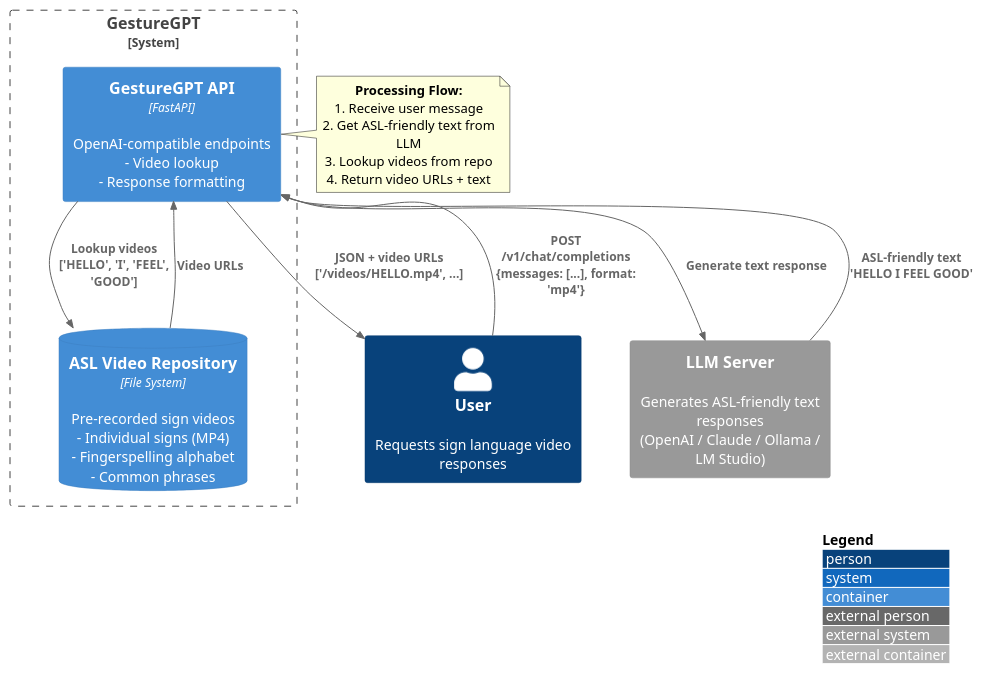
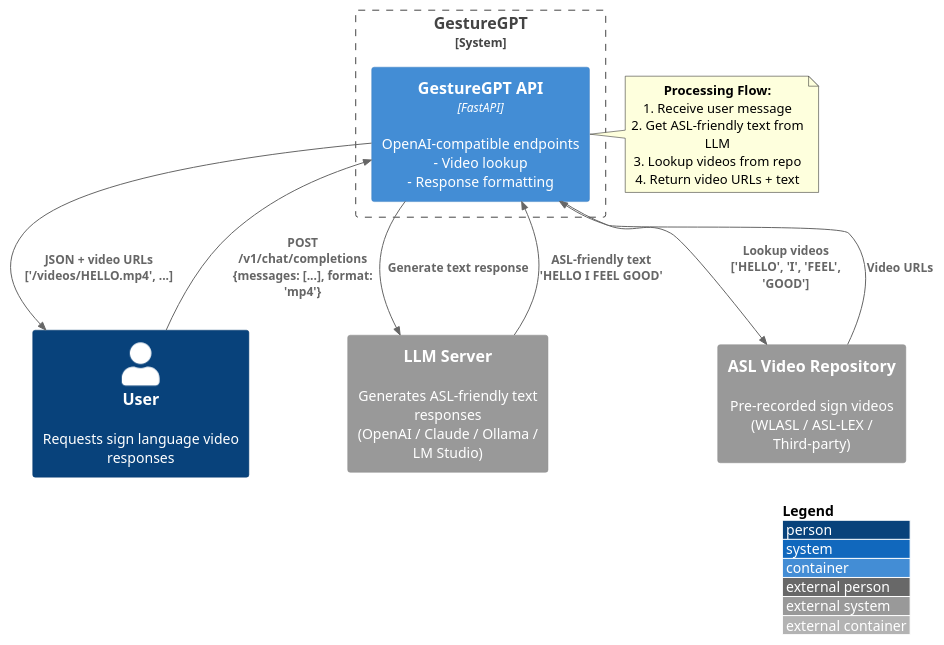
The diagram in docs/architecture.puml (NotYuSheng/GestureGPT), drawn with PlantUML before and after one commit.

Commit message:
refactor: move ASL video repository outside system boundary
- ASL Video Repository is now shown as external system (System_Ext)
- Only FastAPI server is part of GestureGPT system boundary
- Clarifies that video repos are third-party (WLASL/ASL-LEX)

🤖 Generated with [Claude Code](https://claude.com/claude-code)

```diff
--- a/docs/architecture.puml
+++ b/docs/architecture.puml
@@ -1,32 +1,32 @@
 @startuml GestureGPT Architecture
 !includeurl https://raw.githubusercontent.com/plantuml-stdlib/C4-PlantUML/master/C4_Container.puml
 
 LAYOUT_WITH_LEGEND()
 
 Person(user, "User", "Requests sign language video responses")
 
 System_Boundary(gesturegpt, "GestureGPT") {
   Container(api, "GestureGPT API", "FastAPI", "OpenAI-compatible endpoints\n- Video lookup\n- Response formatting")
-
-  ContainerDb(video_repo, "ASL Video Repository", "File System", "Pre-recorded sign videos\n- Individual signs (MP4)\n- Fingerspelling alphabet\n- Common phrases")
 }
 
 System_Ext(llm, "LLM Server", "Generates ASL-friendly text responses\n(OpenAI / Claude / Ollama / LM Studio)")
+
+System_Ext(video_repo, "ASL Video Repository", "Pre-recorded sign videos\n(WLASL / ASL-LEX / Third-party)")
 
 ' Main flow
 Rel(user, api, "POST /v1/chat/completions\n{messages: [...], format: 'mp4'}")
 Rel(api, llm, "Generate text response")
 Rel(llm, api, "ASL-friendly text\n'HELLO I FEEL GOOD'")
 Rel(api, video_repo, "Lookup videos\n['HELLO', 'I', 'FEEL', 'GOOD']")
 Rel(video_repo, api, "Video URLs")
 Rel(api, user, "JSON + video URLs\n['/videos/HELLO.mp4', ...]")
 
 note right of api
   **Processing Flow:**
   1. Receive user message
   2. Get ASL-friendly text from LLM
   3. Lookup videos from repo
   4. Return video URLs + text
 end note
 
 @enduml
```
